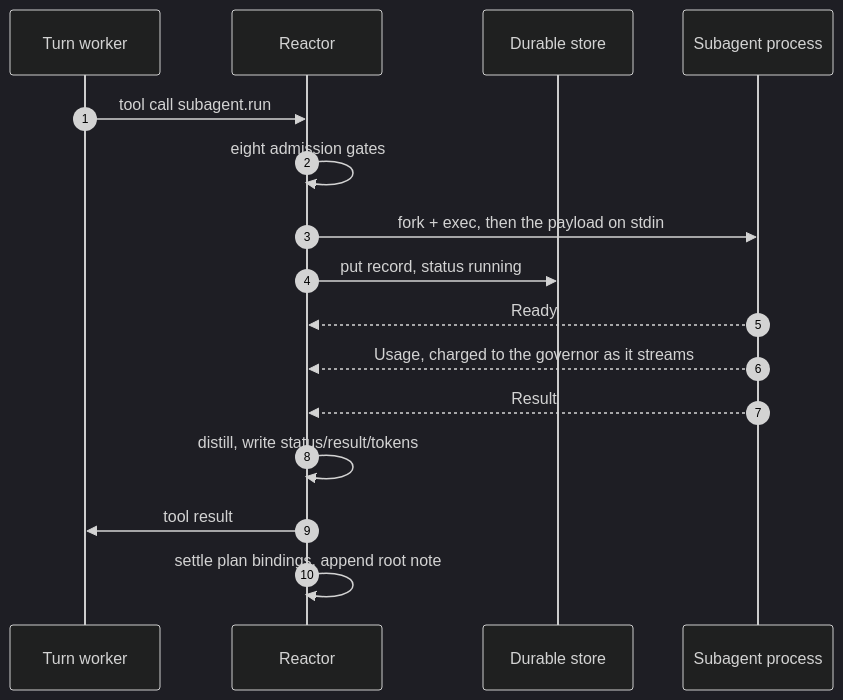
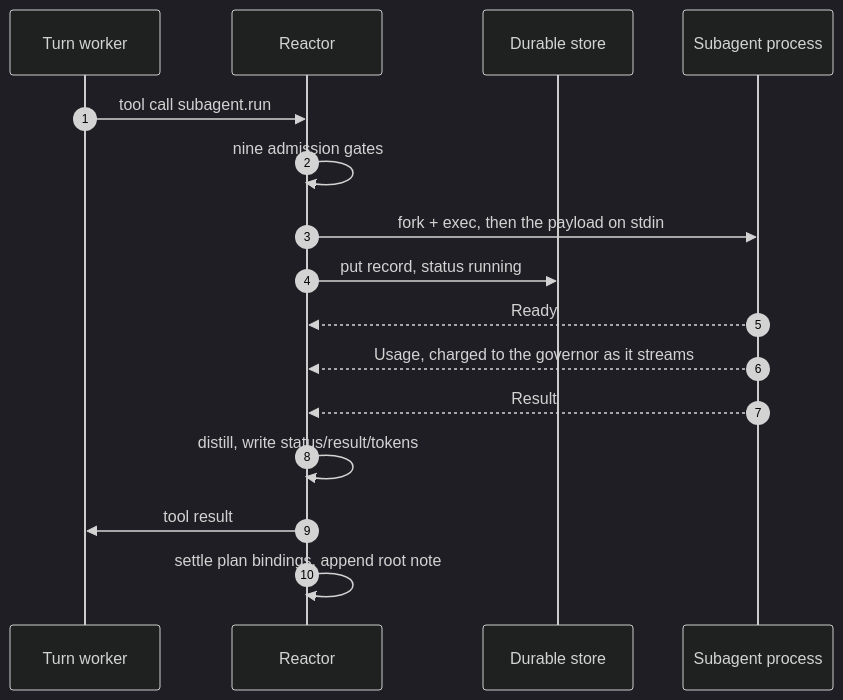
The second of 3 diagrams in docs/subagents.md (agentd-dev/source-code), drawn with Mermaid (dark theme) before and after one commit. The commit also changed other lines of this file and 273 other files, not shown here.

````diff
--- a/docs/subagents.md
+++ b/docs/subagents.md
@@ -213,18 +217,18 @@
 ```mermaid
 sequenceDiagram
     autonumber
     participant W as Turn worker
     participant R as Reactor
     participant D as Durable store
     participant S as Subagent process
     W->>R: tool call subagent.run
-    R->>R: eight admission gates
+    R->>R: nine admission gates
     R->>S: fork + exec, then the payload on stdin
     R->>D: put record, status running
     S-->>R: Ready
     S-->>R: Usage, charged to the governor as it streams
     S-->>R: Result
     R->>R: distill, write status/result/tokens
     R->>W: tool result
     R->>R: settle plan bindings, append root note
 ```
````
